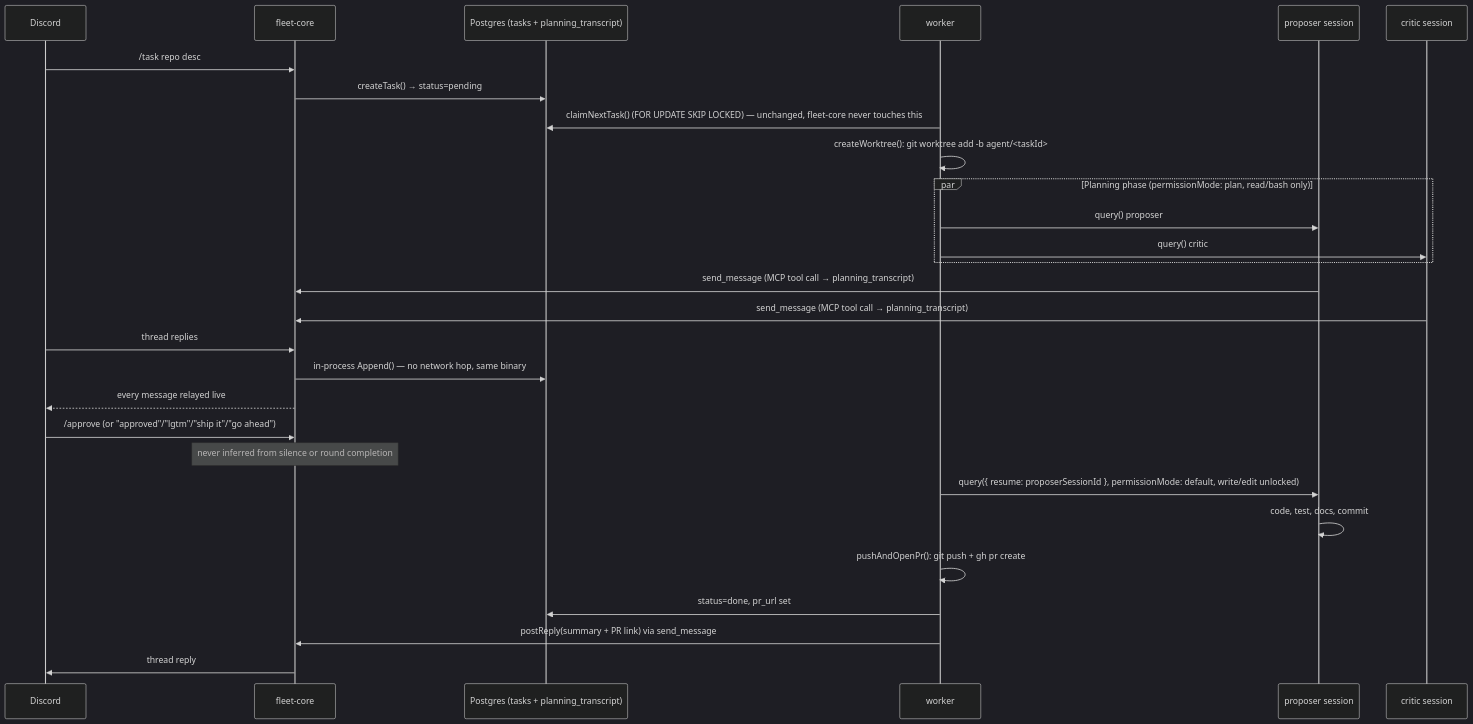
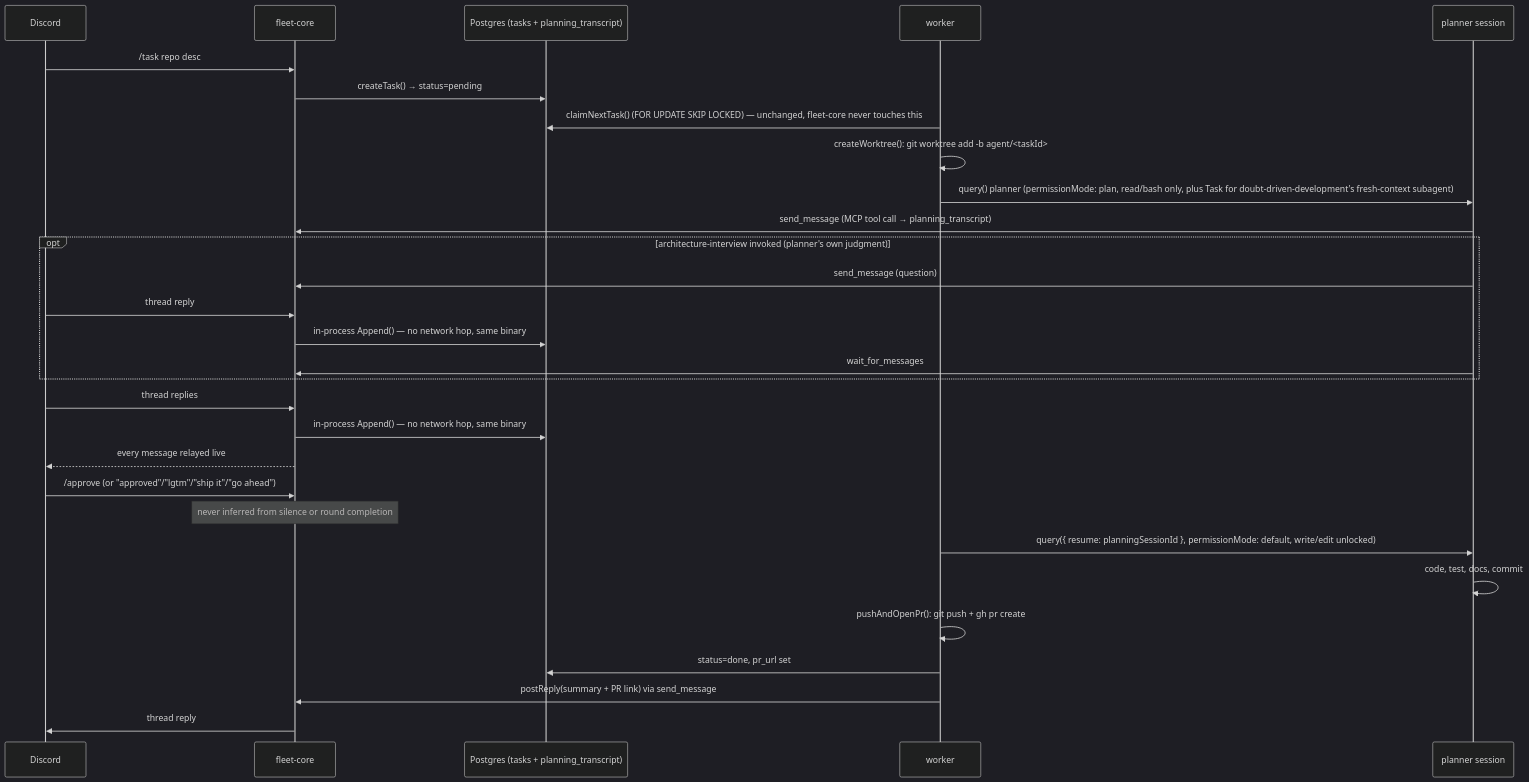
Before and after one commit to MohammadBnei/agent-fleet: the first of 2 diagrams in docs/ARCHITECTURE.md, drawn with Mermaid (dark theme). The commit also changed other lines of this file and 48 other files, not shown here.

First line of the commit message:
feat(worker,fleet-core,dashboard): single-session planner + dashboard-answered AskUserQuestion

````diff
--- a/docs/ARCHITECTURE.md
+++ b/docs/ARCHITECTURE.md
@@ -24,34 +24,35 @@
 ```mermaid
 sequenceDiagram
     participant D as Discord
     participant FC as fleet-core
     participant PG as Postgres (tasks + planning_transcript)
     participant W as worker
-    participant P as proposer session
-    participant C as critic session
+    participant P as planner session
 
     D->>FC: /task repo desc
     FC->>PG: createTask() → status=pending
     W->>PG: claimNextTask() (FOR UPDATE SKIP LOCKED) — unchanged, fleet-core never touches this
     W->>W: createWorktree(): git worktree add -b agent/<taskId>
 
-    par Planning phase (permissionMode: plan, read/bash only)
-        W->>P: query() proposer
-        W->>C: query() critic
+    W->>P: query() planner (permissionMode: plan, read/bash only, plus Task for doubt-driven-development's fresh-context subagent)
+    P->>FC: send_message (MCP tool call → planning_transcript)
+    opt architecture-interview invoked (planner's own judgment)
+        P->>FC: send_message (question)
+        D->>FC: thread reply
+        FC->>PG: in-process Append() — no network hop, same binary
+        P->>FC: wait_for_messages
     end
-    P->>FC: send_message (MCP tool call → planning_transcript)
-    C->>FC: send_message (MCP tool call → planning_transcript)
     D->>FC: thread replies
     FC->>PG: in-process Append() — no network hop, same binary
     FC-->>D: every message relayed live
 
     D->>FC: /approve (or "approved"/"lgtm"/"ship it"/"go ahead")
     Note over FC: never inferred from silence or round completion
 
-    W->>P: query({ resume: proposerSessionId }, permissionMode: default, write/edit unlocked)
+    W->>P: query({ resume: planningSessionId }, permissionMode: default, write/edit unlocked)
     P->>P: code, test, docs, commit
     W->>W: pushAndOpenPr(): git push + gh pr create
     W->>PG: status=done, pr_url set
     W->>FC: postReply(summary + PR link) via send_message
     FC->>D: thread reply
 ```
````
